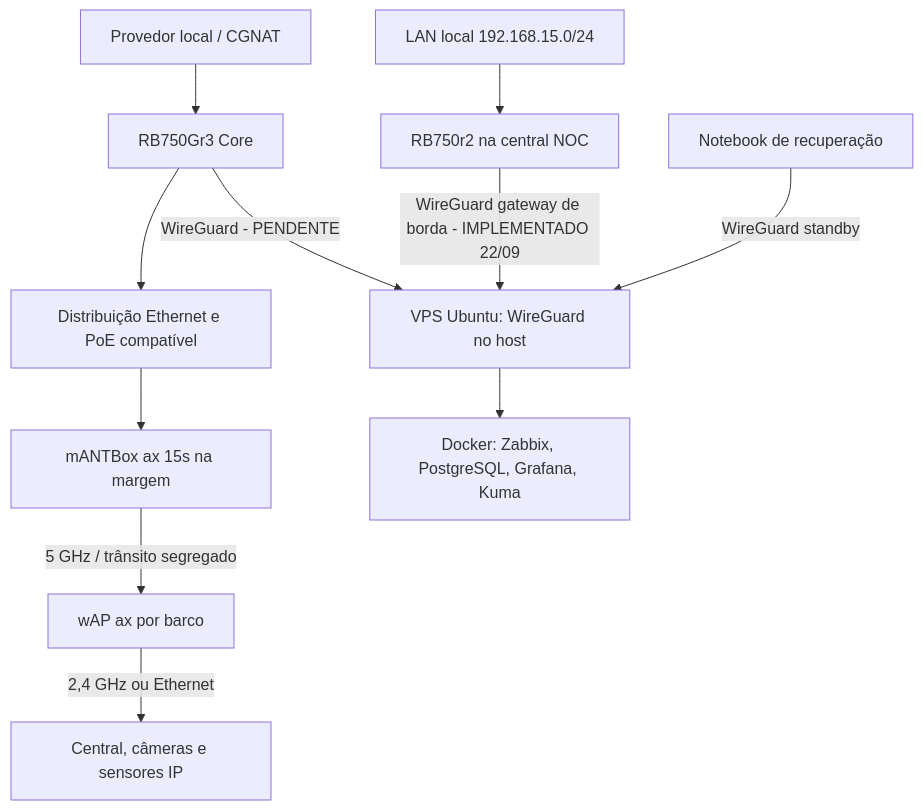
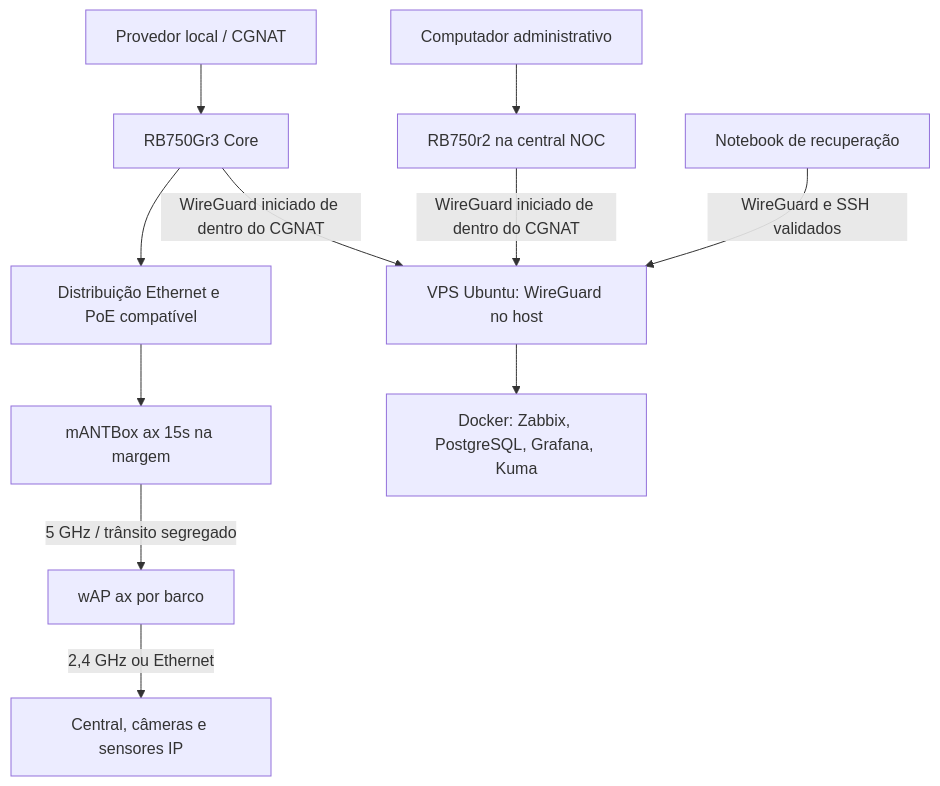
The diagram in docs/01-architecture/ARCHITECTURE.md (Wittemberg/wifi-Guarderia), drawn with Mermaid before and after one commit. The commit also changed other lines of this file and 16 other files, not shown here.

````diff
--- a/docs/01-architecture/ARCHITECTURE.md
+++ b/docs/01-architecture/ARCHITECTURE.md
@@ -7,13 +7,13 @@
 ```mermaid
 flowchart TD
-  NOTEBOOK[Notebook de recuperação] -->|WireGuard standby| VPS
-  LAN[LAN local 192.168.15.0/24] --> NOC[RB750r2 na central NOC]
-  NOC -->|WireGuard gateway de borda - IMPLEMENTADO 22/09| VPS[VPS Ubuntu: WireGuard no host]
+  NOTEBOOK[Notebook de recuperação] -->|WireGuard e SSH validados| VPS
+  PC[Computador administrativo] --> NOC[RB750r2 na central NOC]
+  NOC -->|WireGuard iniciado de dentro do CGNAT| VPS[VPS Ubuntu: WireGuard no host]
   ISP[Provedor local / CGNAT] --> CORE[RB750Gr3 Core]
-  CORE -->|WireGuard - PENDENTE| VPS
+  CORE -->|WireGuard iniciado de dentro do CGNAT| VPS
   CORE --> POE[Distribuição Ethernet e PoE compatível]
   POE --> AP[mANTBox ax 15s na margem]
   AP -->|5 GHz / trânsito segregado| WAP[wAP ax por barco]
   WAP -->|2,4 GHz ou Ethernet| KIT[Central, câmeras e sensores IP]
   VPS --> MONITORING[Docker: Zabbix, PostgreSQL, Grafana, Kuma]
 ```
````
